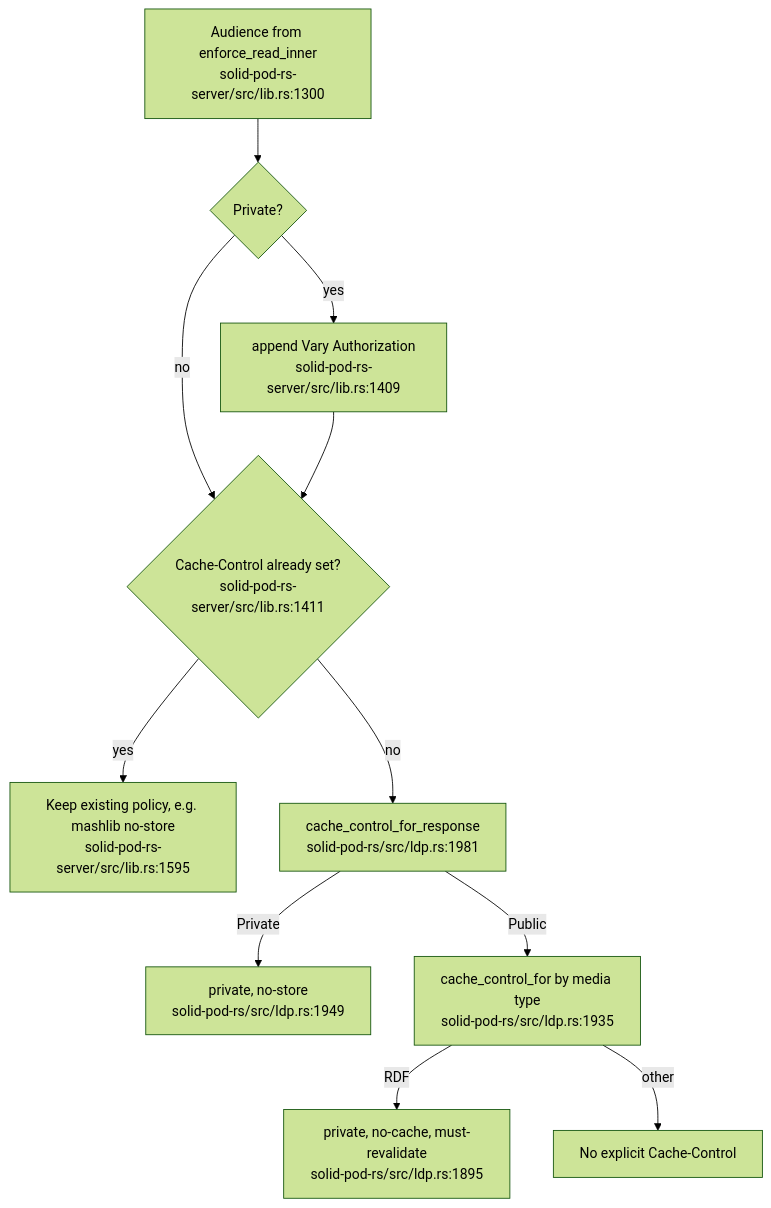
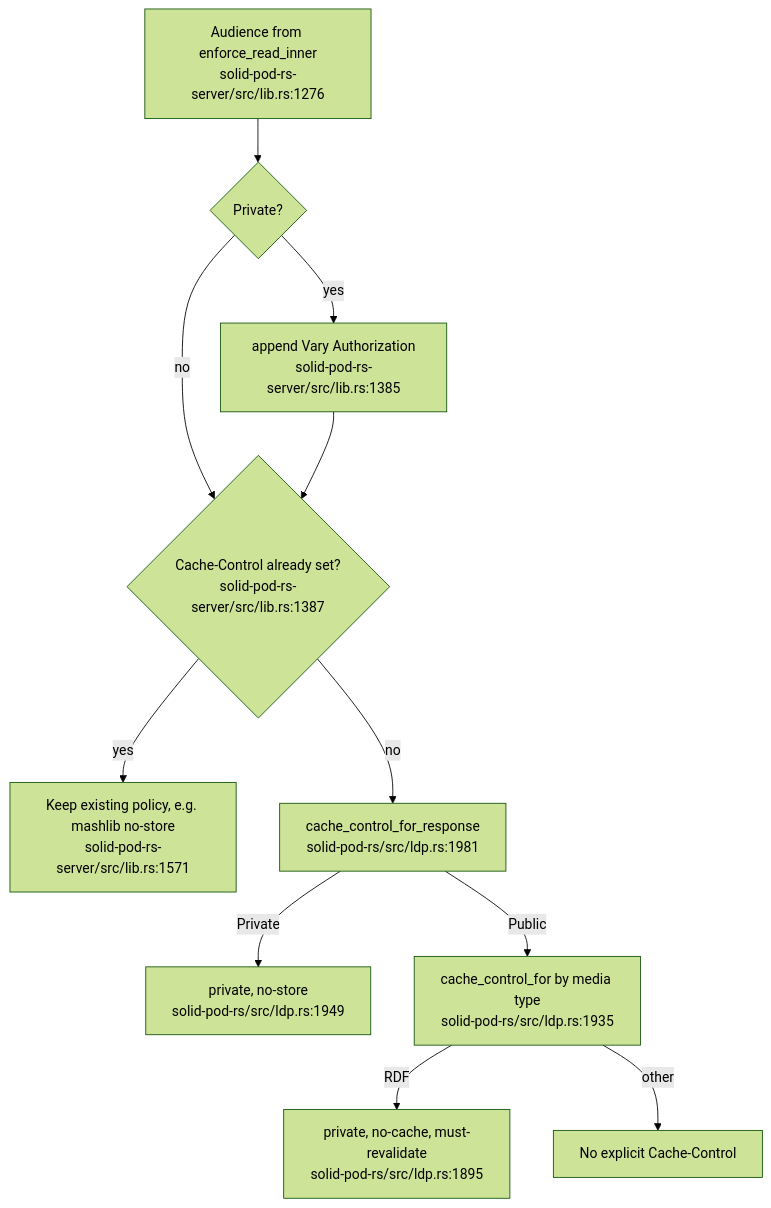
Before and after one commit to DreamLab-AI/VisionFlow: diagram 11 of 11 in docs/diagrams/solid-pod-rs/03-ldp-request-lifecycle.md, drawn with Mermaid (forest theme). The commit also changed other lines of this file and 47 other files, not shown here.

````diff
--- a/docs/diagrams/solid-pod-rs/03-ldp-request-lifecycle.md
+++ b/docs/diagrams/solid-pod-rs/03-ldp-request-lifecycle.md
@@ -330,13 +344,13 @@
 ```mermaid
 flowchart TD
-    A["Audience from enforce_read_inner<br/>solid-pod-rs-server/src/lib.rs:1300"] --> PRIVATE{"Private?"}
-    PRIVATE -- yes --> V["append Vary Authorization<br/>solid-pod-rs-server/src/lib.rs:1409"]
+    A["Audience from enforce_read_inner<br/>solid-pod-rs-server/src/lib.rs:1276"] --> PRIVATE{"Private?"}
+    PRIVATE -- yes --> V["append Vary Authorization<br/>solid-pod-rs-server/src/lib.rs:1385"]
     PRIVATE -- no --> EXIST
-    V --> EXIST{"Cache-Control already set?<br/>solid-pod-rs-server/src/lib.rs:1411"}
-    EXIST -- yes --> KEEP["Keep existing policy, e.g. mashlib no-store<br/>solid-pod-rs-server/src/lib.rs:1595"]
+    V --> EXIST{"Cache-Control already set?<br/>solid-pod-rs-server/src/lib.rs:1387"}
+    EXIST -- yes --> KEEP["Keep existing policy, e.g. mashlib no-store<br/>solid-pod-rs-server/src/lib.rs:1571"]
     EXIST -- no --> POLICY["cache_control_for_response<br/>solid-pod-rs/src/ldp.rs:1981"]
     POLICY -- Private --> NS["private, no-store<br/>solid-pod-rs/src/ldp.rs:1949"]
     POLICY -- Public --> MEDIA["cache_control_for by media type<br/>solid-pod-rs/src/ldp.rs:1935"]
     MEDIA -- RDF --> RDF["private, no-cache, must-revalidate<br/>solid-pod-rs/src/ldp.rs:1895"]
     MEDIA -- other --> NONE["No explicit Cache-Control"]
 ```
````
